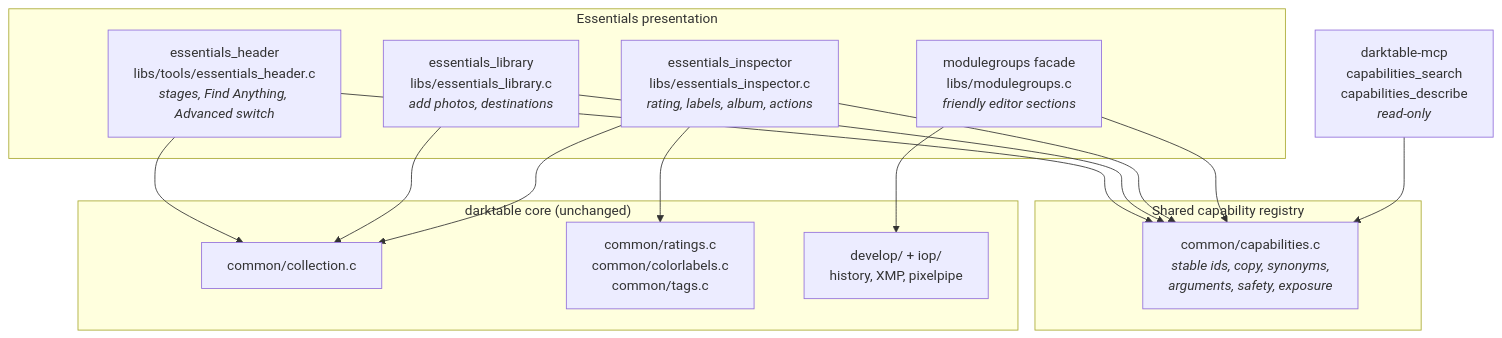
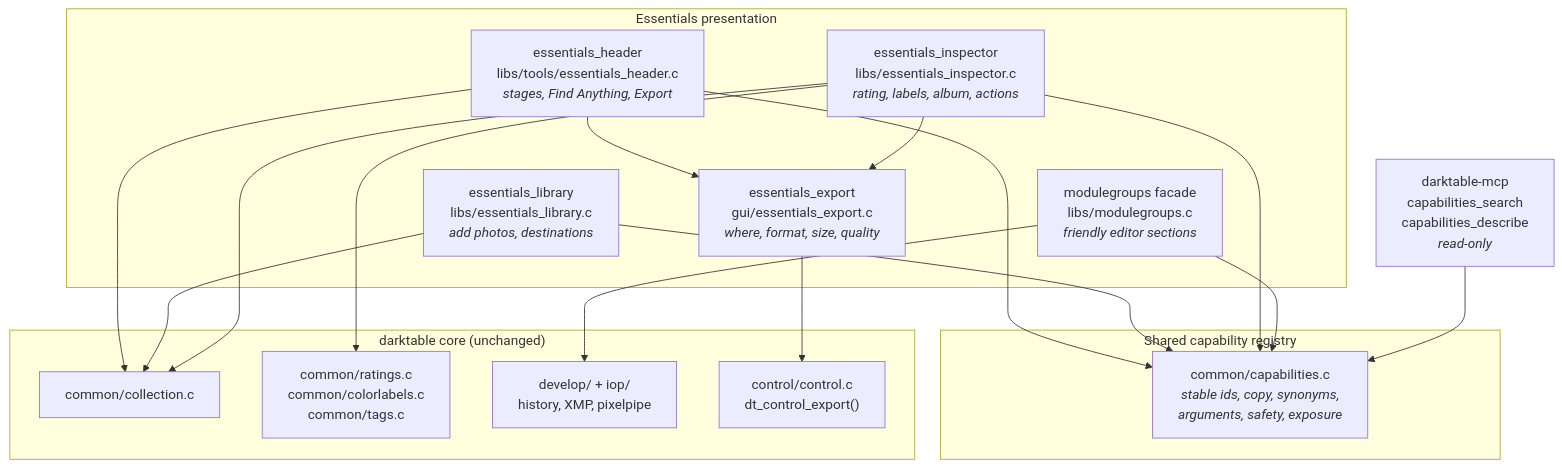
The first of 9 diagrams in dev-doc/Essentials_UI_Architecture.md (Issuenate/darktable), drawn with Mermaid before and after one commit. The commit also changed other lines of this file and 1 other file, not shown here.

First line of the commit message:
dev-doc: bring the essentials page up to what shipped

````diff
--- a/dev-doc/Essentials_UI_Architecture.md
+++ b/dev-doc/Essentials_UI_Architecture.md
@@ -29,32 +29,37 @@
 ```mermaid
 flowchart TD
     subgraph UI["Essentials presentation"]
-        H["essentials_header<br/>libs/tools/essentials_header.c<br/><i>stages, Find Anything, Advanced switch</i>"]
+        H["essentials_header<br/>libs/tools/essentials_header.c<br/><i>stages, Find Anything, Export</i>"]
         L["essentials_library<br/>libs/essentials_library.c<br/><i>add photos, destinations</i>"]
         I["essentials_inspector<br/>libs/essentials_inspector.c<br/><i>rating, labels, album, actions</i>"]
         M["modulegroups facade<br/>libs/modulegroups.c<br/><i>friendly editor sections</i>"]
+        X["essentials_export<br/>gui/essentials_export.c<br/><i>where, format, size, quality</i>"]
     end
 
     subgraph REG["Shared capability registry"]
         C["common/capabilities.c<br/><i>stable ids, copy, synonyms,<br/>arguments, safety, exposure</i>"]
     end
 
     subgraph CORE["darktable core (unchanged)"]
         COL["common/collection.c"]
         RAT["common/ratings.c<br/>common/colorlabels.c<br/>common/tags.c"]
         DEV["develop/ + iop/<br/>history, XMP, pixelpipe"]
+        EXP["control/control.c<br/>dt_control_export()"]
     end
 
     MCP["darktable-mcp<br/>capabilities_search<br/>capabilities_describe<br/><i>read-only</i>"]
 
     H --> C
     L --> C
     I --> C
     M --> C
     MCP --> C
     H --> COL
+    H --> X
+    I --> X
+    X --> EXP
     L --> COL
     I --> RAT
     I --> COL
     M --> DEV
 ```
````
